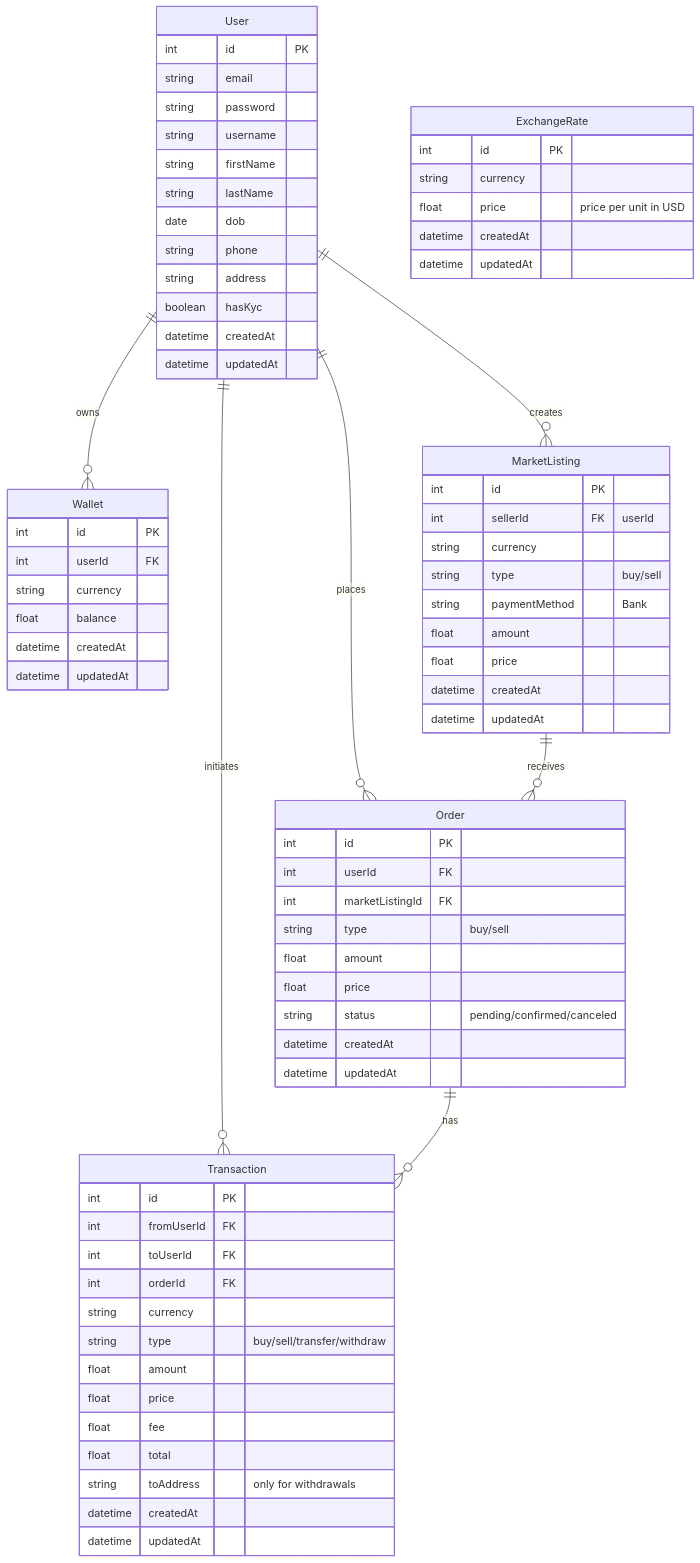
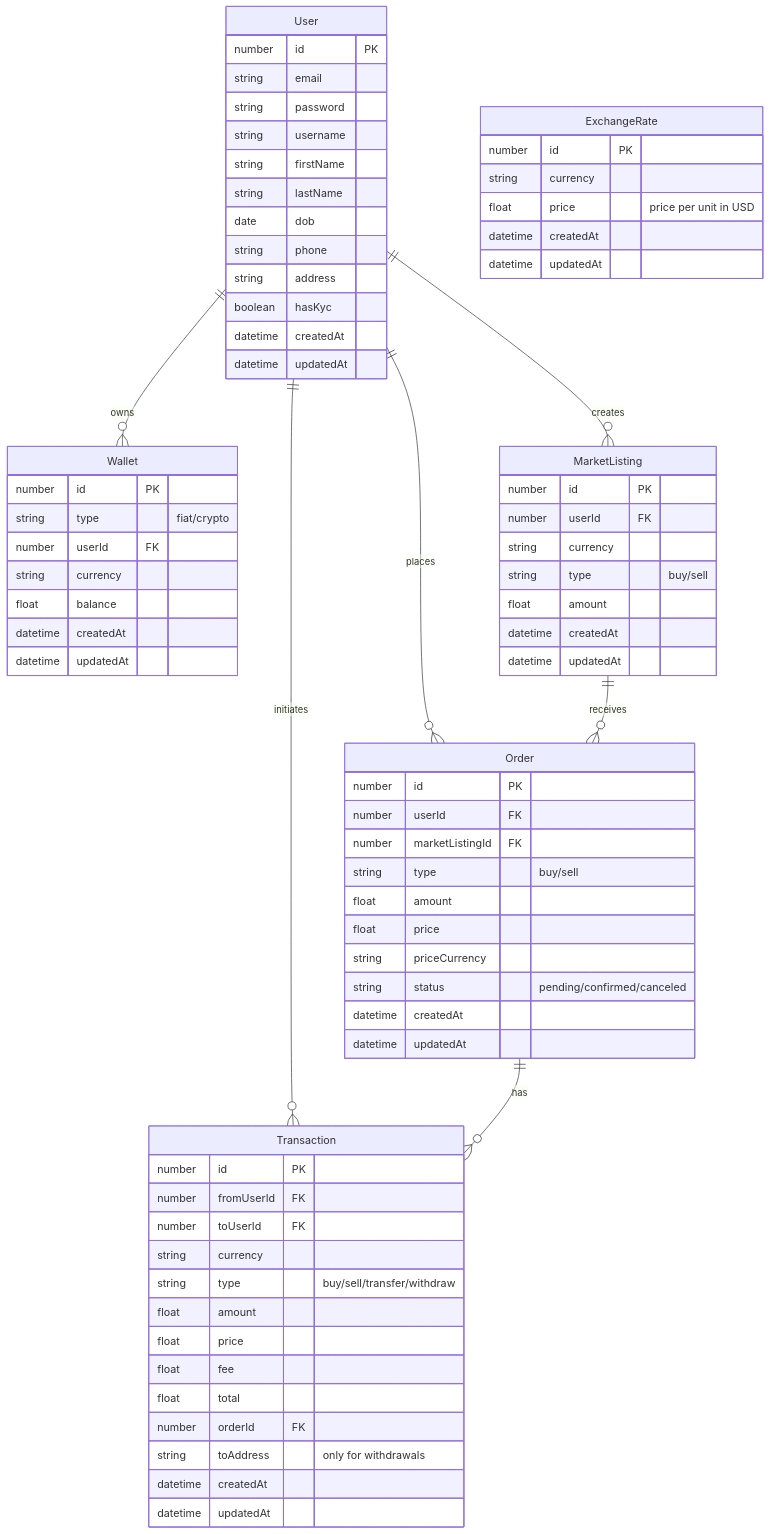
Before and after one commit to boomNDS/skuberg-assignment: the diagram in README.md, drawn with Mermaid. The commit also changed 1 other file, not shown here.

Commit message:
docs: update projects er

````diff
--- a/README.md
+++ b/README.md
@@ -19,77 +19,77 @@
 ```mermaid
 erDiagram
     User ||--o{ Wallet : owns
     User ||--o{ Transaction : initiates
     User ||--o{ Order : places
     User ||--o{ MarketListing : creates
     MarketListing ||--o{ Order : receives
     Order ||--o{ Transaction : has
 
     User {
-        int id PK
+        number id PK
         string email
         string password
         string username
         string firstName
         string lastName
         date dob
         string phone
         string address
         boolean hasKyc
         datetime createdAt
         datetime updatedAt
     }
     ExchangeRate {
-        int id PK
+        number id PK
         string currency
         float price "price per unit in USD"
         datetime createdAt
         datetime updatedAt
     }
     Wallet {
-        int id PK
-        int userId FK
+        number id PK
+        string type "fiat/crypto"
+        number userId FK
         string currency
         float balance
         datetime createdAt
         datetime updatedAt
     }
     Transaction {
-        int id PK
-        int fromUserId FK
-        int toUserId FK
-        int orderId FK
+        number id PK
+        number fromUserId FK
+        number toUserId FK
         string currency
         string type "buy/sell/transfer/withdraw"
         float amount
         float price
         float fee
         float total
+        number orderId FK
         string toAddress "only for withdrawals"
         datetime createdAt
         datetime updatedAt
     }
     MarketListing {
-        int id PK
-        int sellerId FK "userId"
+        number id PK
+        number userId FK
         string currency
         string type "buy/sell"
-        string paymentMethod "Bank"
         float amount
-        float price
         datetime createdAt
         datetime updatedAt
     }
     Order {
-        int id PK
-        int userId FK
-        int marketListingId FK
+        number id PK
+        number userId FK
+        number marketListingId FK
         string type "buy/sell"
         float amount
         float price
+        string priceCurrency
         string status "pending/confirmed/canceled"
         datetime createdAt
         datetime updatedAt
     }
 
 ```
````
